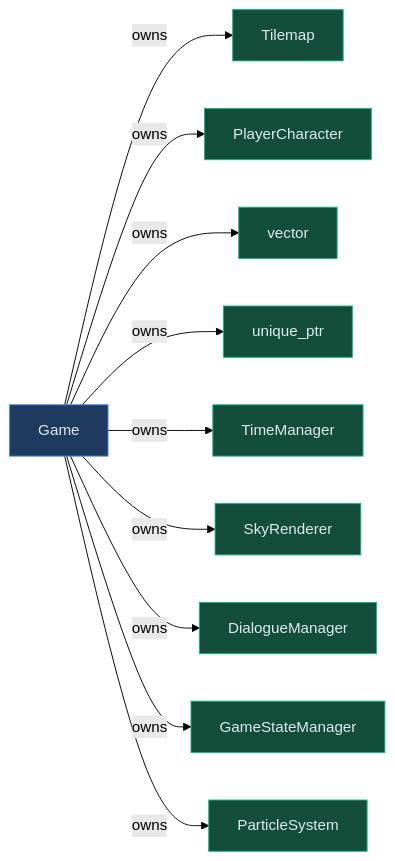
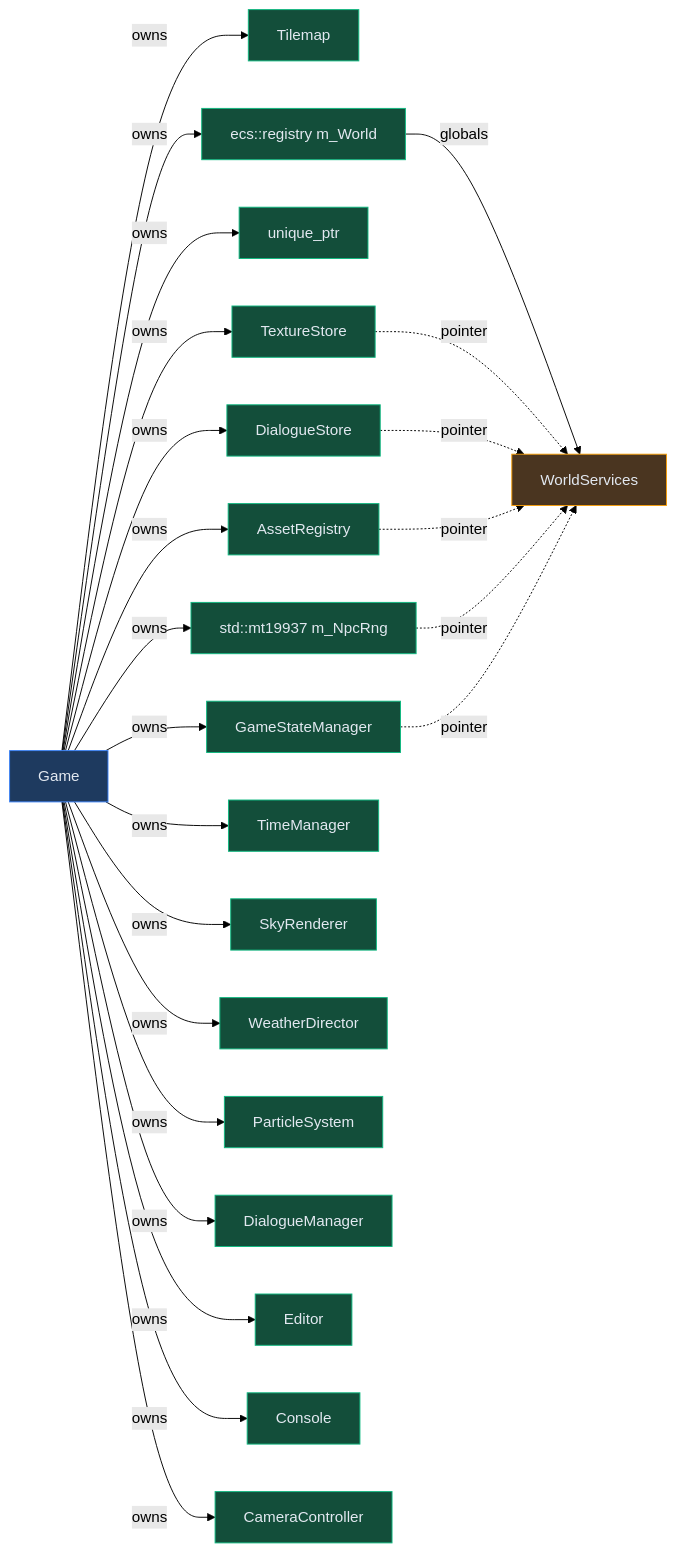
The third of 7 diagrams in docs/ARCHITECTURE.md (baaz777/rift), drawn with Mermaid (forest theme) before and after one commit. The commit also changed other lines of this file, not shown here.

Commit message:
📝 Rewrite ARCHITECTURE for the ECS core

```diff
--- a/docs/ARCHITECTURE.md
+++ b/docs/ARCHITECTURE.md
@@ -190,17 +237,32 @@
 <pre class="mermaid">
 graph LR
     classDef owner fill:#1e3a5f,stroke:#3b82f6,color:#e2e8f0
     classDef owned fill:#134e3a,stroke:#10b981,color:#e2e8f0
+    classDef published fill:#4a3520,stroke:#f59e0b,color:#e2e8f0
 
     Game["Game"]:::owner
 
-    Game --> |owns| Tilemap:::owned
-    Game --> |owns| Player["PlayerCharacter"]:::owned
-    Game --> |owns| NPCs["vector<NPC>"]:::owned
-    Game --> |owns| Renderer["unique_ptr<IRenderer>"]:::owned
+    Game --> |owns| Tilemap["Tilemap"]:::owned
+    Game --> |owns| Registry["ecs::registry m_World"]:::owned
+    Game --> |owns| Renderer["unique_ptr&lt;IRenderer&gt;"]:::owned
+    Game --> |owns| Textures["TextureStore"]:::owned
+    Game --> |owns| Dialogues["DialogueStore"]:::owned
+    Game --> |owns| Assets["AssetRegistry"]:::owned
+    Game --> |owns| Rng["std::mt19937 m_NpcRng"]:::owned
+    Game --> |owns| State["GameStateManager"]:::owned
     Game --> |owns| Time["TimeManager"]:::owned
     Game --> |owns| Sky["SkyRenderer"]:::owned
-    Game --> |owns| Dialogue["DialogueManager"]:::owned
-    Game --> |owns| State["GameStateManager"]:::owned
+    Game --> |owns| Weather["WeatherDirector"]:::owned
     Game --> |owns| Particles["ParticleSystem"]:::owned
+    Game --> |owns| DialogueMgr["DialogueManager"]:::owned
+    Game --> |owns| Editor["Editor"]:::owned
+    Game --> |owns| Console["Console"]:::owned
+    Game --> |owns| Camera["CameraController"]:::owned
+
+    Registry --> |globals| Services["WorldServices"]:::published
+    Textures -.-> |pointer| Services
+    Dialogues -.-> |pointer| Services
+    Assets -.-> |pointer| Services
+    Rng -.-> |pointer| Services
+    State -.-> |pointer| Services
 </pre>
```
